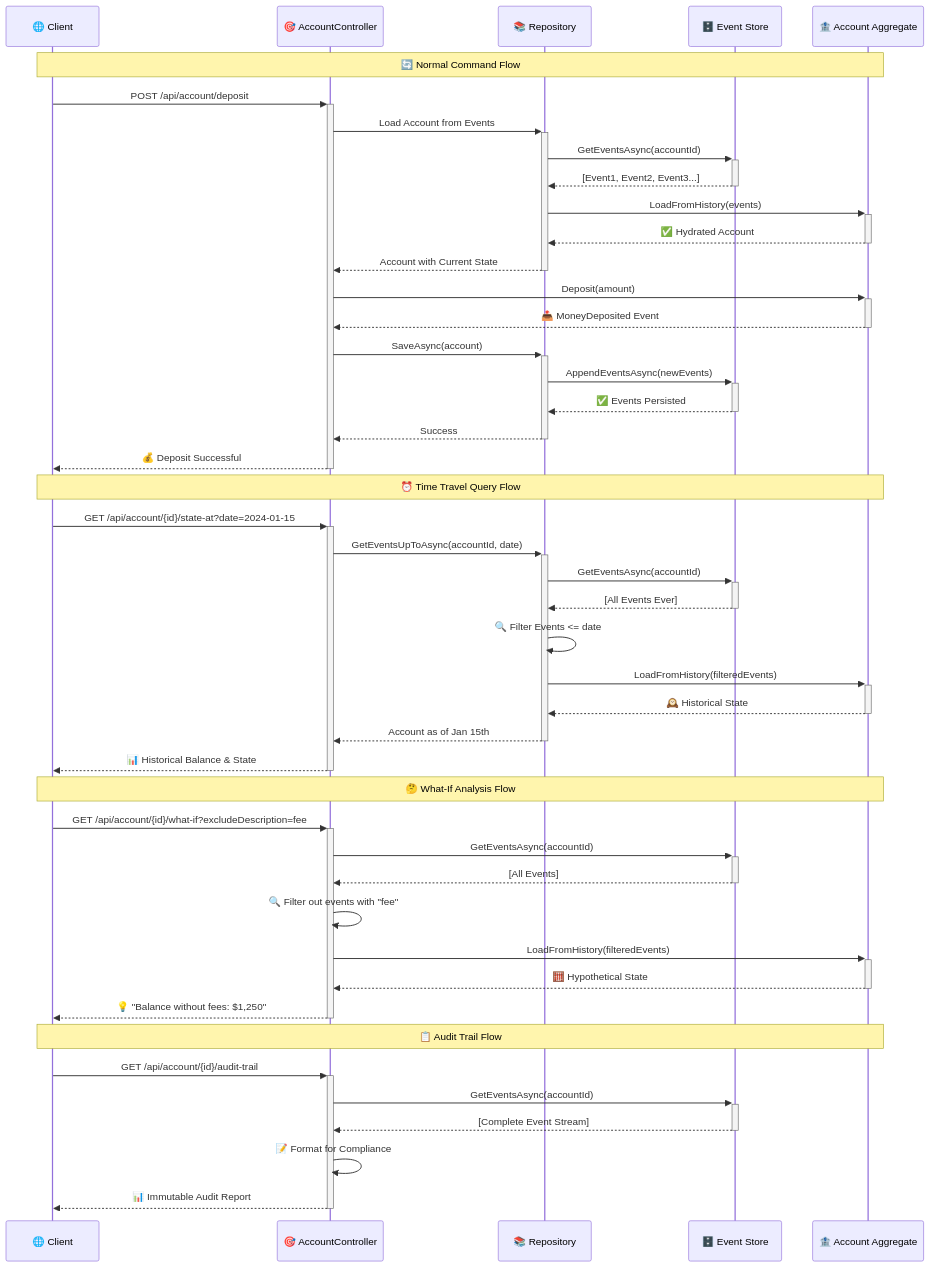
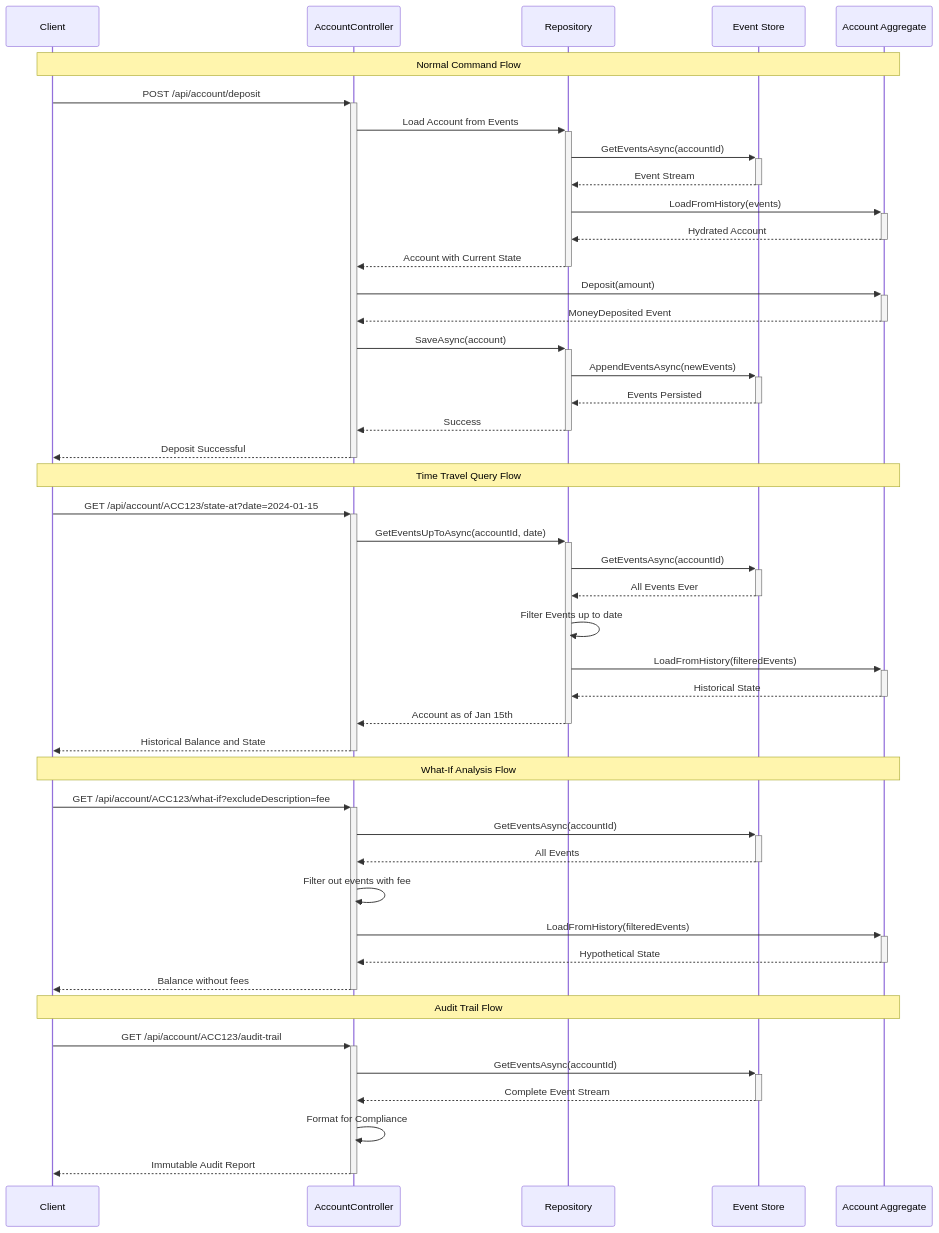
Before and after one commit to tonyjoanes/event-sourcing: the second of 2 diagrams in README.md, drawn with Mermaid. The commit also changed other lines of this file, not shown here.

First line of the commit message:
fix: simplify Mermaid diagrams for better compatibility

````diff
--- a/README.md
+++ b/README.md
@@ -135,51 +96,51 @@
 ```mermaid
 sequenceDiagram
-    participant Client as 🌐 Client
-    participant API as 🎯 AccountController
-    participant Repo as 📚 Repository
-    participant Store as 🗄️ Event Store
-    participant Account as 🏦 Account Aggregate
+    participant Client
+    participant API as AccountController
+    participant Repo as Repository
+    participant Store as Event Store
+    participant Account as Account Aggregate
     
-    Note over Client,Account: 🔄 Normal Command Flow
+    Note over Client,Account: Normal Command Flow
     Client->>+API: POST /api/account/deposit
     API->>+Repo: Load Account from Events
     Repo->>+Store: GetEventsAsync(accountId)
-    Store-->>-Repo: [Event1, Event2, Event3...]
+    Store-->>-Repo: Event Stream
     Repo->>+Account: LoadFromHistory(events)
-    Account-->>-Repo: ✅ Hydrated Account
+    Account-->>-Repo: Hydrated Account
     Repo-->>-API: Account with Current State
     API->>+Account: Deposit(amount)
-    Account-->>-API: 📤 MoneyDeposited Event
+    Account-->>-API: MoneyDeposited Event
     API->>+Repo: SaveAsync(account)
     Repo->>+Store: AppendEventsAsync(newEvents)
-    Store-->>-Repo: ✅ Events Persisted
+    Store-->>-Repo: Events Persisted
     Repo-->>-API: Success
-    API-->>-Client: 💰 Deposit Successful
+    API-->>-Client: Deposit Successful
     
-    Note over Client,Account: ⏰ Time Travel Query Flow
-    Client->>+API: GET /api/account/{id}/state-at?date=2024-01-15
+    Note over Client,Account: Time Travel Query Flow
+    Client->>+API: GET /api/account/ACC123/state-at?date=2024-01-15
     API->>+Repo: GetEventsUpToAsync(accountId, date)
     Repo->>+Store: GetEventsAsync(accountId)
-    Store-->>-Repo: [All Events Ever]
-    Repo->>Repo: 🔍 Filter Events <= date
+    Store-->>-Repo: All Events Ever
+    Repo->>Repo: Filter Events up to date
     Repo->>+Account: LoadFromHistory(filteredEvents)
-    Account-->>-Repo: 🕰️ Historical State
+    Account-->>-Repo: Historical State
     Repo-->>-API: Account as of Jan 15th
-    API-->>-Client: 📊 Historical Balance & State
+    API-->>-Client: Historical Balance and State
     
-    Note over Client,Account: 🤔 What-If Analysis Flow
-    Client->>+API: GET /api/account/{id}/what-if?excludeDescription=fee
+    Note over Client,Account: What-If Analysis Flow
+    Client->>+API: GET /api/account/ACC123/what-if?excludeDescription=fee
     API->>+Store: GetEventsAsync(accountId)
-    Store-->>-API: [All Events]
-    API->>API: 🔍 Filter out events with "fee"
+    Store-->>-API: All Events
+    API->>API: Filter out events with fee
     API->>+Account: LoadFromHistory(filteredEvents)
-    Account-->>-API: 🧮 Hypothetical State
-    API-->>-Client: 💡 "Balance without fees: $1,250"
+    Account-->>-API: Hypothetical State
+    API-->>-Client: Balance without fees
     
-    Note over Client,Account: 📋 Audit Trail Flow
-    Client->>+API: GET /api/account/{id}/audit-trail
+    Note over Client,Account: Audit Trail Flow
+    Client->>+API: GET /api/account/ACC123/audit-trail
     API->>+Store: GetEventsAsync(accountId)
-    Store-->>-API: [Complete Event Stream]
-    API->>API: 📝 Format for Compliance
-    API-->>-Client: 📊 Immutable Audit Report
+    Store-->>-API: Complete Event Stream
+    API->>API: Format for Compliance
+    API-->>-Client: Immutable Audit Report
 ```
````
